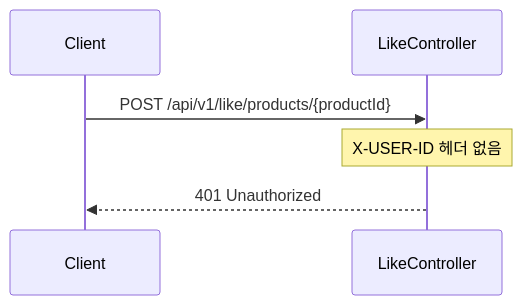
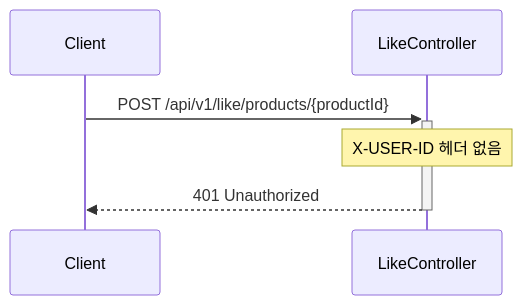
One commit to Loopers-dev-lab/loopers-spring-java-template changed the eighth of 16 diagrams in docs/week2/02-sequence-diagrams.md. Above: the diagram before and after it, drawn with Mermaid. The commit also changed other lines of this file, not shown here.

Commit message:
docs: 시퀀스 다이어그램 activation bar 추가

````diff
--- a/docs/week2/02-sequence-diagrams.md
+++ b/docs/week2/02-sequence-diagrams.md
@@ -347,10 +347,10 @@
 ```mermaid
 sequenceDiagram
     participant Client
     participant LikeController
 
-    Client->>LikeController: POST /api/v1/like/products/{productId}
+    Client->>+LikeController: POST /api/v1/like/products/{productId}
     Note over LikeController: X-USER-ID 헤더 없음
 
-    LikeController-->>Client: 401 Unauthorized
+    LikeController-->>-Client: 401 Unauthorized
 ```
````
